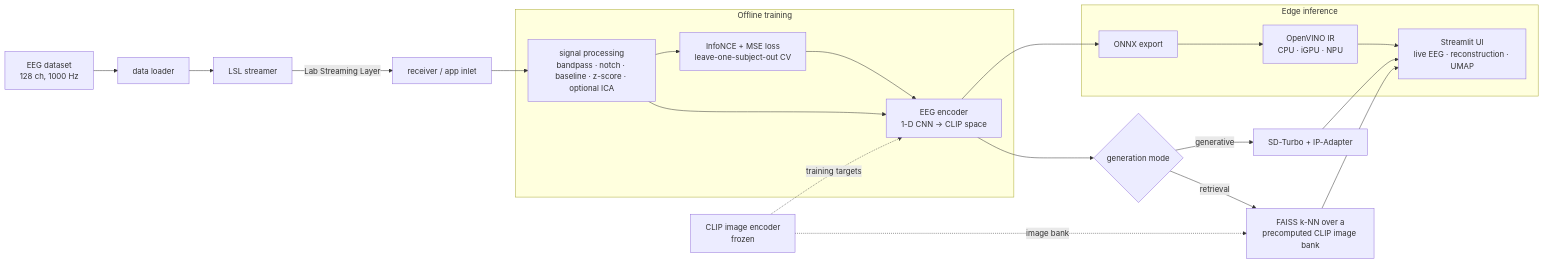
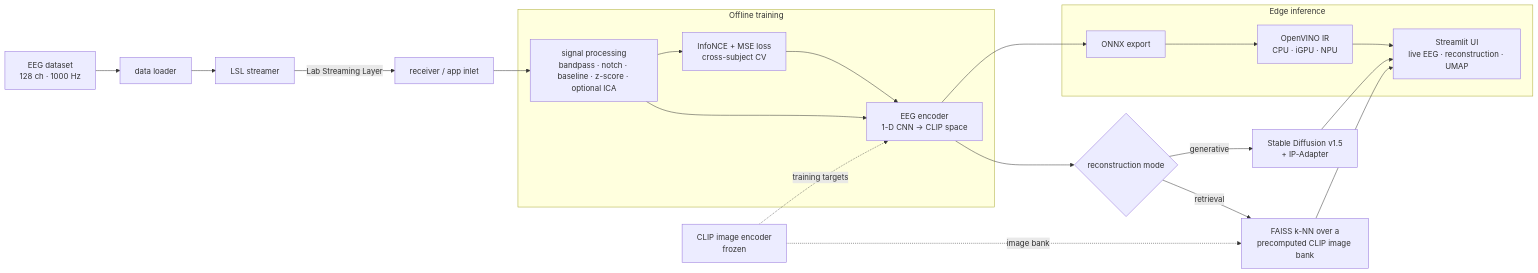
Before and after one commit to ANSHAY/image_eeg: the diagram in README.md, drawn with Mermaid. The commit also changed other lines of this file, not shown here.

Commit message:
docs: rewrite README — correct generation model to Stable Diffusion v1.5, tighten framing and accuracy

````diff
--- a/README.md
+++ b/README.md
@@ -15,24 +14,24 @@
 ```mermaid
 flowchart LR
-    A[EEG dataset<br/>128 ch, 1000 Hz] --> B[data loader]
+    A[EEG dataset<br/>128 ch · 1000 Hz] --> B[data loader]
     B --> C[LSL streamer]
     C -->|Lab Streaming Layer| D[receiver / app inlet]
     D --> E[signal processing<br/>bandpass · notch · baseline · z-score · optional ICA]
     E --> F[EEG encoder<br/>1-D CNN → CLIP space]
-    F --> G{generation mode}
+    F --> G{reconstruction mode}
     G -->|retrieval| H[FAISS k-NN over a<br/>precomputed CLIP image bank]
-    G -->|generative| I[SD-Turbo + IP-Adapter]
+    G -->|generative| I[Stable Diffusion v1.5<br/>+ IP-Adapter]
     H --> J[Streamlit UI<br/>live EEG · reconstruction · UMAP]
     I --> J
     K[CLIP image encoder<br/>frozen] -.training targets.-> F
     K -.image bank.-> H
 
     subgraph training [Offline training]
-      E --> L[InfoNCE + MSE loss<br/>leave-one-subject-out CV]
+      E --> L[InfoNCE + MSE loss<br/>cross-subject CV]
       L --> F
     end
 
     subgraph edge [Edge inference]
       F --> M[ONNX export] --> N[OpenVINO IR<br/>CPU · iGPU · NPU] --> J
     end
 ```
````
